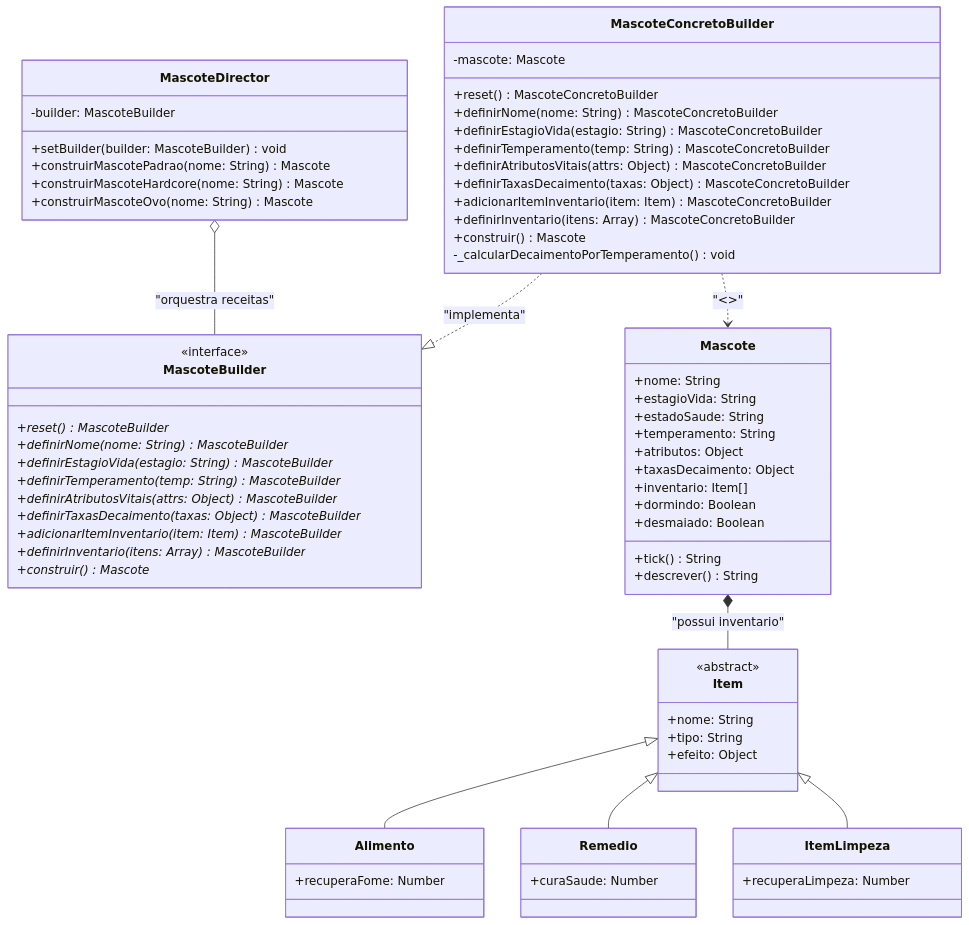
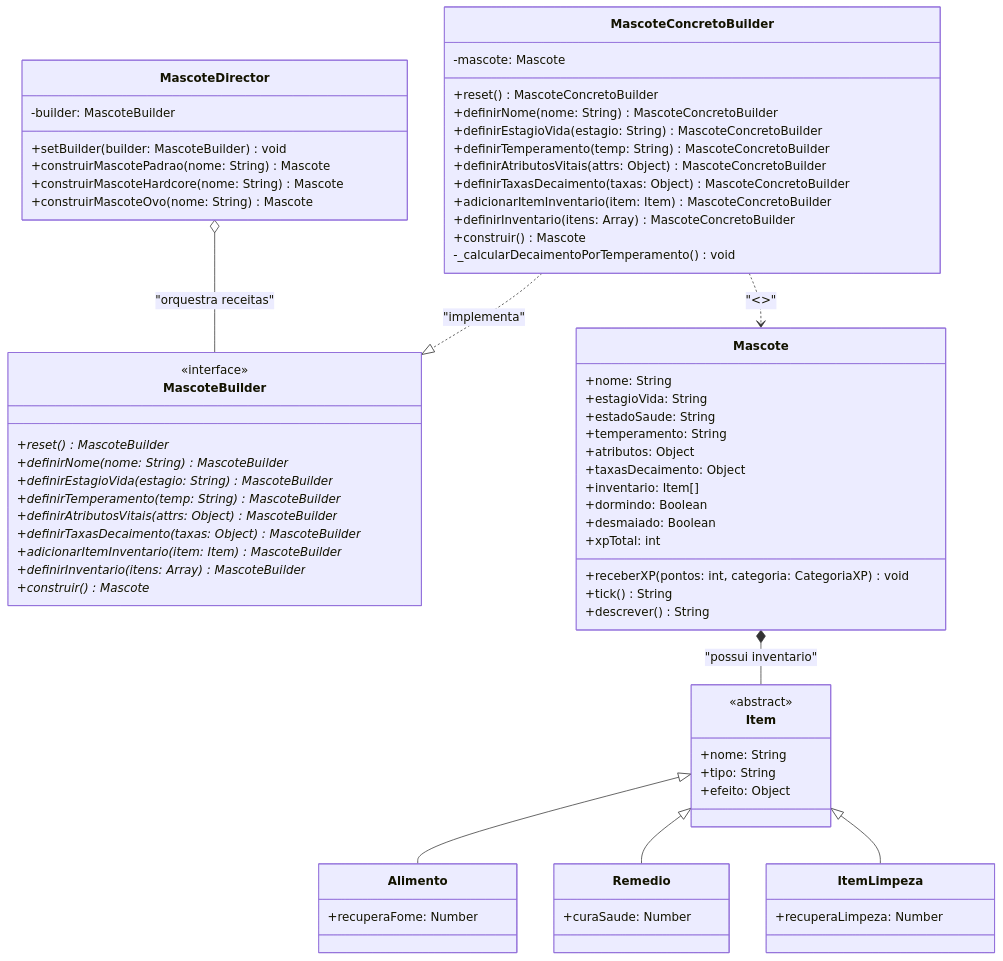
The first of 2 diagrams in docs/Base/Relatórios/1.1.2.SubEquipe_02.md (UnBArqDsw2026-2-Turma02/2026.2-T02-_G4_ProjetoJogo_Entrega_03), drawn with Mermaid before and after one commit. The commit also changed other lines of this file and 1 other file, not shown here.

```diff
--- a/docs/Base/Relatórios/1.1.2.SubEquipe_02.md
+++ b/docs/Base/Relatórios/1.1.2.SubEquipe_02.md
@@ -157,6 +158,8 @@
         +inventario: Item[]
         +dormindo: Boolean
         +desmaiado: Boolean
+        +xpTotal: int
+        +receberXP(pontos: int, categoria: CategoriaXP) void
         +tick() String
         +descrever() String
     }
```
